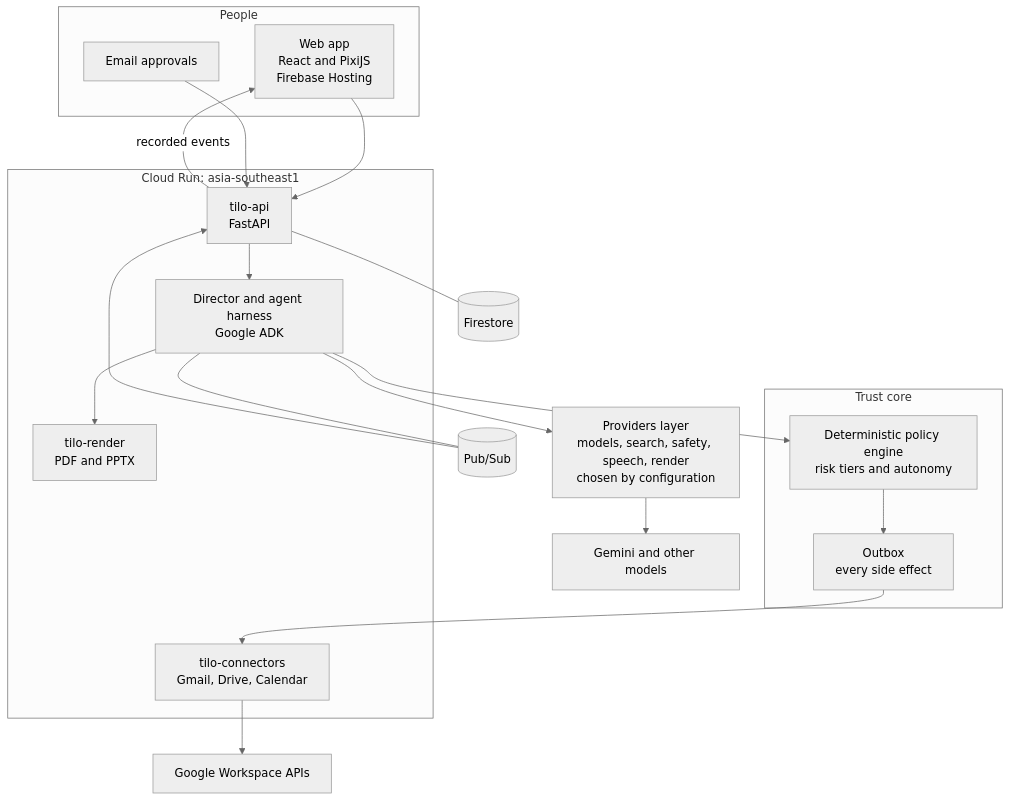
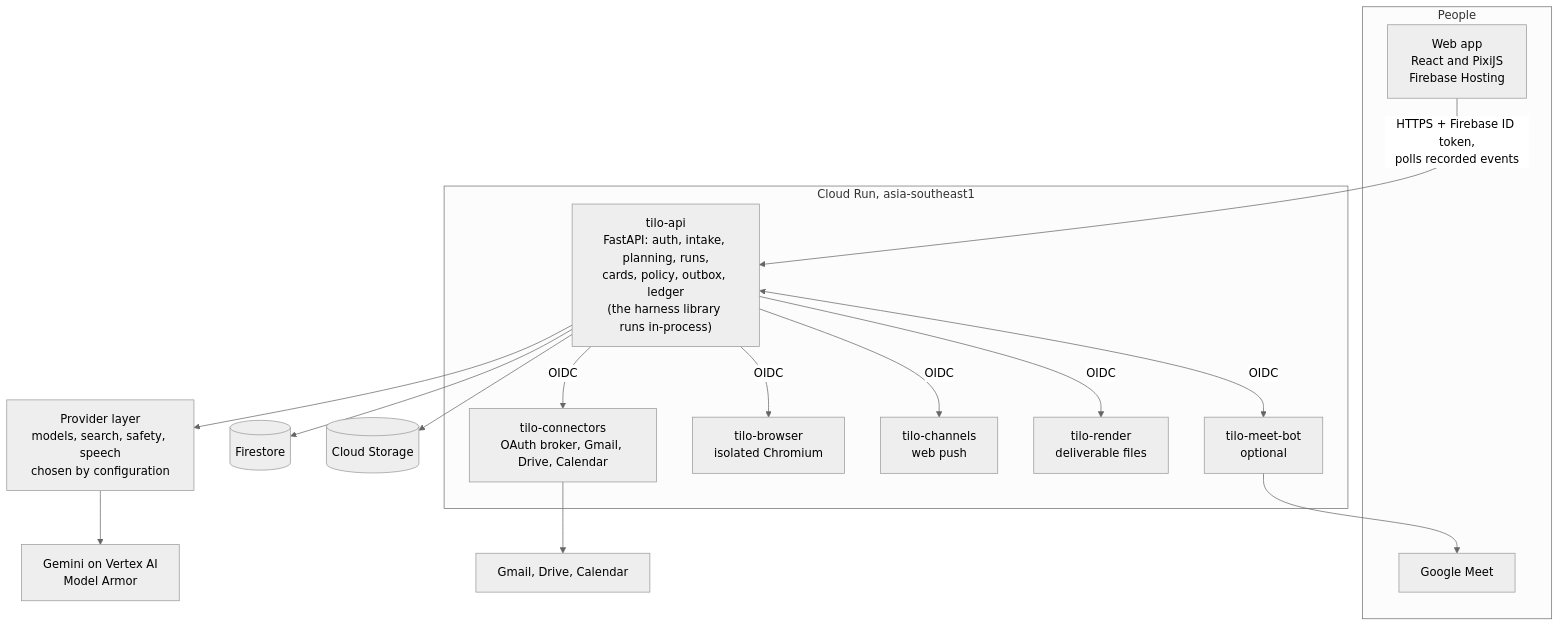
The second of 2 diagrams in README.md (spark-456/tilo), drawn with Mermaid (neutral theme) before and after one commit. The commit also changed other lines of this file and 57 other files, not shown here.

First line of the commit message:
Sync main with demo-sup cc18b72f (docs refresh: README, ARCHITECTURE, REVIEWER-GUIDE, per-service READMEs)

````diff
--- a/README.md
+++ b/README.md
@@ -299,36 +157,32 @@
 ```mermaid
 flowchart TB
-    subgraph Client["People"]
+    subgraph People
         WEB["Web app<br/>React and PixiJS<br/>Firebase Hosting"]
-        MAIL["Email approvals"]
+        MEET["Google Meet"]
     end
 
-    subgraph CR["Cloud Run: asia-southeast1"]
-        API["tilo-api<br/>FastAPI"]
-        HARN["Director and agent harness<br/>Google ADK"]
-        CONN["tilo-connectors<br/>Gmail, Drive, Calendar"]
-        REND["tilo-render<br/>PDF and PPTX"]
+    subgraph CR["Cloud Run, asia-southeast1"]
+        API["tilo-api<br/>FastAPI: auth, intake, planning, runs,<br/>cards, policy, outbox, ledger<br/>(the harness library runs in-process)"]
+        CONN["tilo-connectors<br/>OAuth broker, Gmail, Drive, Calendar"]
+        BROW["tilo-browser<br/>isolated Chromium"]
+        REND["tilo-render<br/>deliverable files"]
+        CHAN["tilo-channels<br/>web push"]
+        BOT["tilo-meet-bot<br/>optional"]
     end
 
-    subgraph Core["Trust core"]
-        POL["Deterministic policy engine<br/>risk tiers and autonomy"]
-        OUT["Outbox<br/>every side effect"]
-    end
+    PROV["Provider layer<br/>models, search, safety, speech<br/>chosen by configuration"]
+    LLM["Gemini on Vertex AI<br/>Model Armor"]
+    FS[("Firestore")]
+    GCS[("Cloud Storage")]
+    G["Gmail, Drive, Calendar"]
 
-    PROV["Providers layer<br/>models, search, safety, speech, render<br/>chosen by configuration"]
-    LLM["Gemini and other models"]
-    FS[("Firestore")]
-    PS[("Pub/Sub")]
-    G["Google Workspace APIs"]
-
-    WEB --> API
-    MAIL --> API
-    API --> HARN
-    HARN --> PROV --> LLM
-    HARN --> REND
-    HARN --> POL --> OUT --> CONN --> G
-    API --- FS
-    HARN --- PS
-    PS --> API
-    API -- "recorded events" --> WEB
+    WEB -- "HTTPS + Firebase ID token,<br/>polls recorded events" --> API
+    API --> PROV --> LLM
+    API --> FS
+    API --> GCS
+    API -- "OIDC" --> CONN --> G
+    API -- "OIDC" --> BROW
+    API -- "OIDC" --> CHAN
+    API -- "OIDC" --> REND
+    API <-- "OIDC" --> BOT --> MEET
 ```
````
